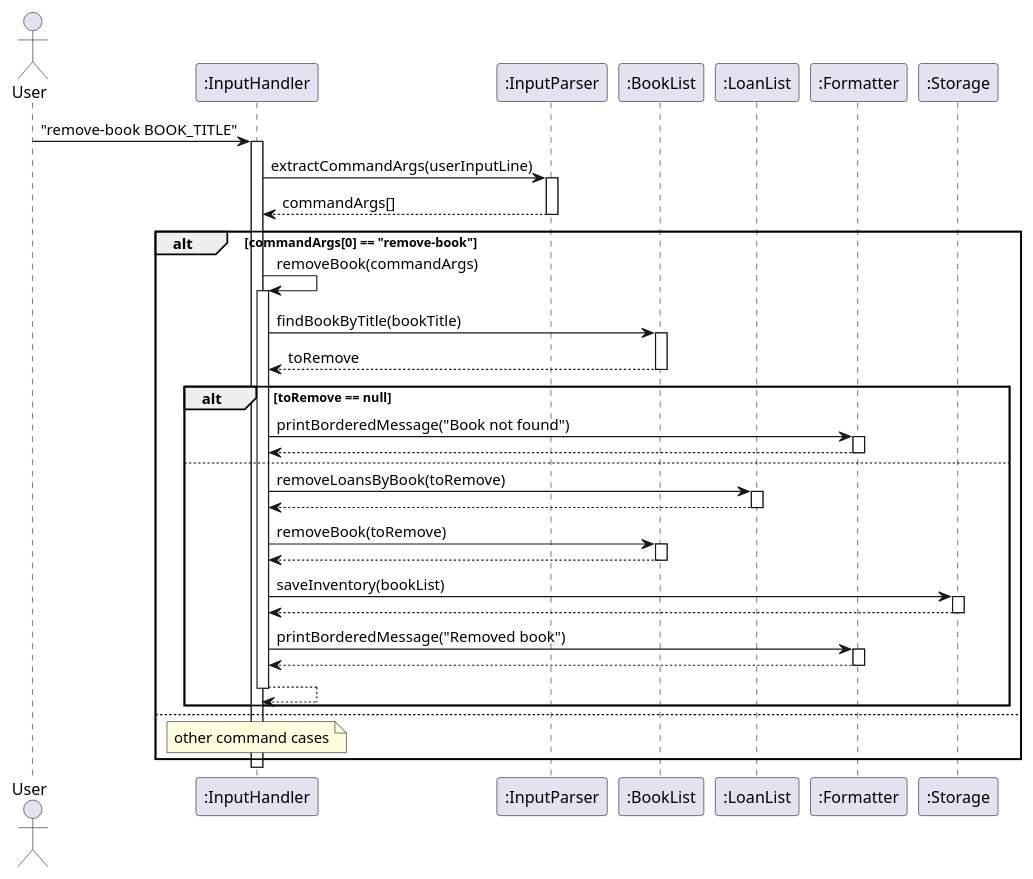
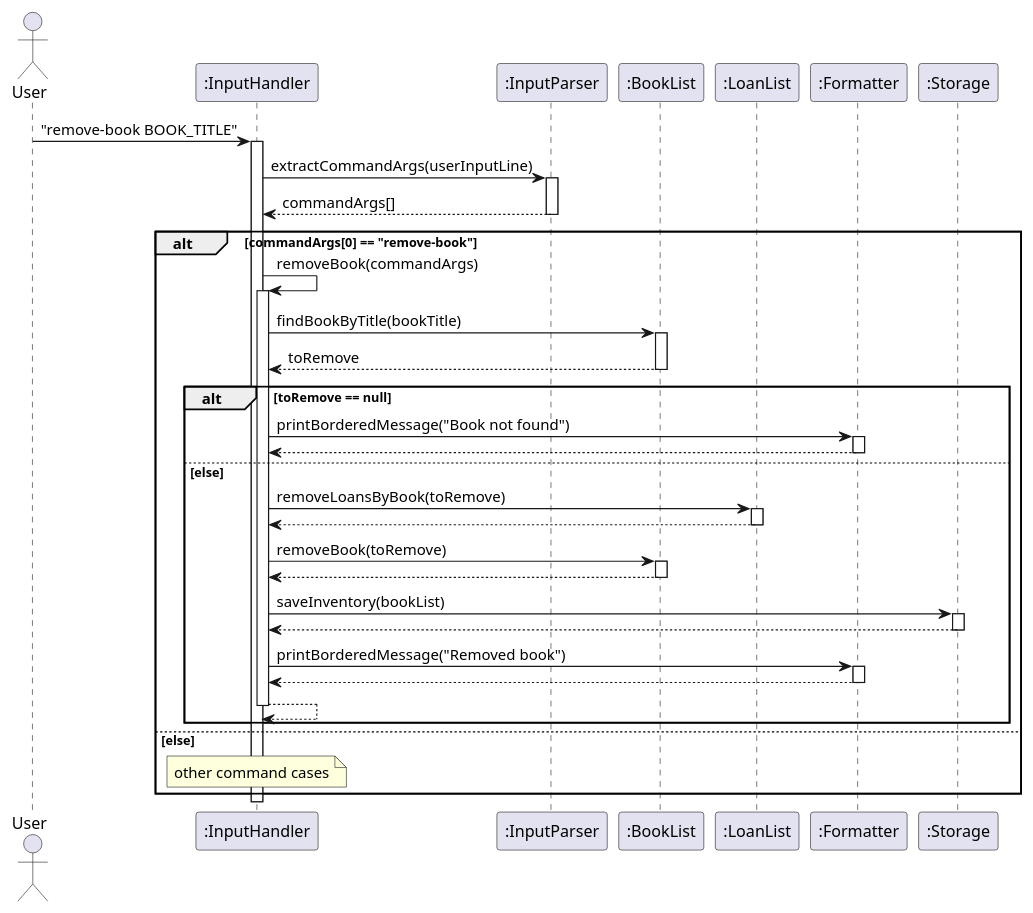
The diagram in docs/diagrams/removeBook.puml (AY2425S2-CS2113-T12-2/tp), drawn with PlantUML before and after one commit. The commit also changed 1 other file, not shown here.

Commit message:
Add [else] for else branch in sequence diagram

```diff
--- a/docs/diagrams/removeBook.puml
+++ b/docs/diagrams/removeBook.puml
@@ -1,57 +1,57 @@
 @startuml
 actor User
 participant InputHandler as ":InputHandler"
 participant InputParser as ":InputParser"
 participant BookList as ":BookList"
 participant LoanList as ":LoanList"
 participant Formatter as ":Formatter"
 participant Storage as ":Storage"
 
 User -> InputHandler: "remove-book BOOK_TITLE"
 activate InputHandler
 
     InputHandler -> InputParser: extractCommandArgs(userInputLine)
     activate InputParser
     InputParser --> InputHandler: commandArgs[]
     deactivate InputParser
     alt commandArgs[0] == "remove-book"
         InputHandler -> InputHandler: removeBook(commandArgs)
         activate InputHandler
         InputHandler -> BookList: findBookByTitle(bookTitle)
         activate BookList
         BookList --> InputHandler: toRemove
         deactivate BookList
         alt toRemove == null
             InputHandler -> Formatter: printBorderedMessage("Book not found")
             activate Formatter
             Formatter --> InputHandler
             deactivate Formatter
-        else
+        else else
             InputHandler -> LoanList: removeLoansByBook(toRemove)
             activate LoanList
             LoanList --> InputHandler
             deactivate LoanList
 
             InputHandler -> BookList: removeBook(toRemove)
             activate BookList
             BookList --> InputHandler
             deactivate BookList
             InputHandler -> Storage: saveInventory(bookList)
             activate Storage
             Storage --> InputHandler
             deactivate Storage
             InputHandler -> Formatter: printBorderedMessage("Removed book")
             activate Formatter
             Formatter --> InputHandler
             deactivate Formatter
             InputHandler --> InputHandler
             deactivate InputHandler
         end
-    else
+    else else
     note over InputHandler
     other command cases
     end note
     end
 
 deactivate InputHandler
 @enduml
```
